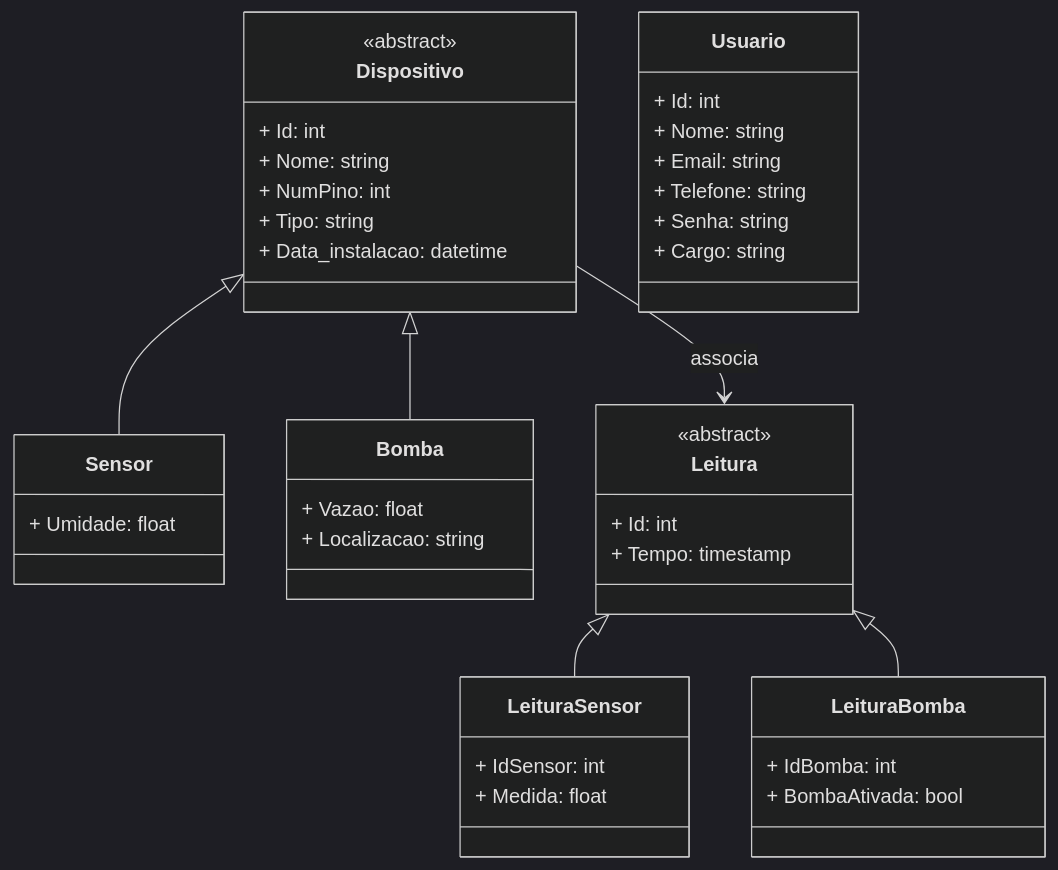
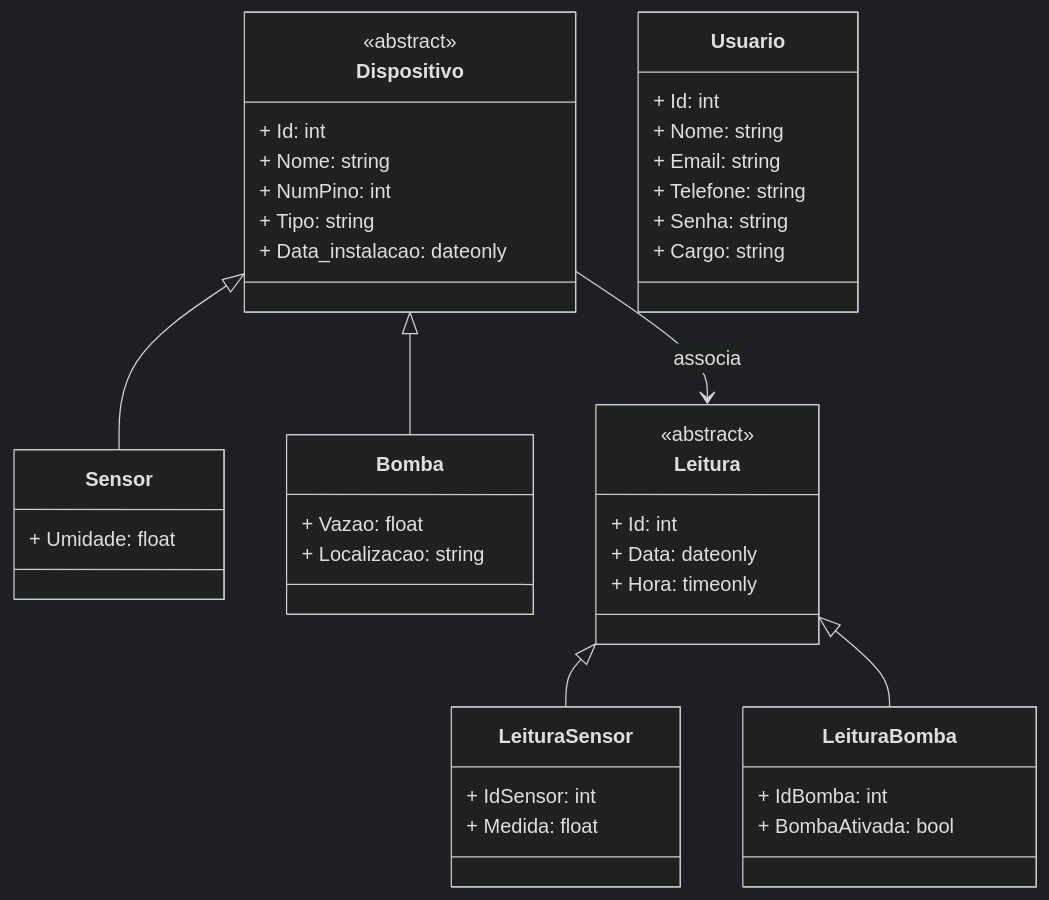
The diagram in docs/diagrama-uml.md (Giovani-RodriguesS/projeto_iot), drawn with Mermaid (dark theme) before and after one commit.

Commit message:
docs: uml updated

````diff
--- a/docs/diagrama-uml.md
+++ b/docs/diagrama-uml.md
@@ -1,52 +1,53 @@
 ```mermaid
 classDiagram
     class Dispositivo {
         <<abstract>>
         + Id: int
         + Nome: string
         + NumPino: int
         + Tipo: string
-        + Data_instalacao: datetime
+        + Data_instalacao: dateonly
     }
     class Usuario {
         + Id: int
         + Nome: string
         + Email: string
         + Telefone: string
         + Senha: string
         + Cargo: string
     }
 
 
     class Sensor {
         + Umidade: float
     }
     class Bomba {
         + Vazao: float
         + Localizacao: string
 
     }
     class Leitura {
         <<abstract>>
         + Id: int
-        + Tempo: timestamp
+        + Data: dateonly
+        + Hora: timeonly
     }
     class LeituraBomba {
         + IdBomba: int
         + BombaAtivada: bool
     }
     class LeituraSensor {
         + IdSensor: int
         + Medida: float
     }
 
     Usuario
     
     Dispositivo  <|-- Sensor
     Dispositivo <|-- Bomba
 
     Leitura <|-- LeituraSensor
     Leitura <|-- LeituraBomba
 
     Dispositivo --> Leitura : associa
 ```
````
